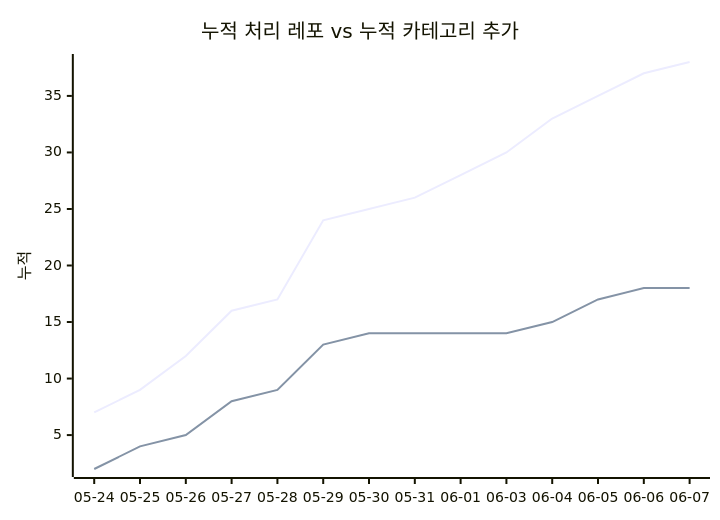
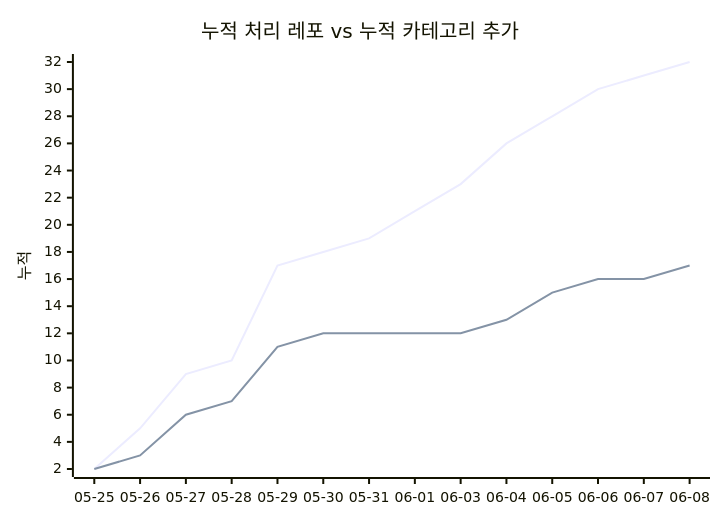
One commit to J-nowcow/awesome-korean-agent-skills changed the second of 2 diagrams in docs/trends.md. Above: the diagram before and after it, drawn with Mermaid. The commit also changed other lines of this file and 28 other files, not shown here.

````diff
--- a/docs/trends.md
+++ b/docs/trends.md
@@ -68,8 +68,8 @@
 ```mermaid
 xychart-beta
     title "누적 처리 레포 vs 누적 카테고리 추가"
-    x-axis ["05-24","05-25","05-26","05-27","05-28","05-29","05-30","05-31","06-01","06-03","06-04","06-05","06-06","06-07"]
+    x-axis ["05-25","05-26","05-27","05-28","05-29","05-30","05-31","06-01","06-03","06-04","06-05","06-06","06-07","06-08"]
     y-axis "누적"
-    line [7,9,12,16,17,24,25,26,28,30,33,35,37,38]
-    line [2,4,5,8,9,13,14,14,14,14,15,17,18,18]
+    line [2,5,9,10,17,18,19,21,23,26,28,30,31,32]
+    line [2,3,6,7,11,12,12,12,12,13,15,16,16,17]
 ```
````
